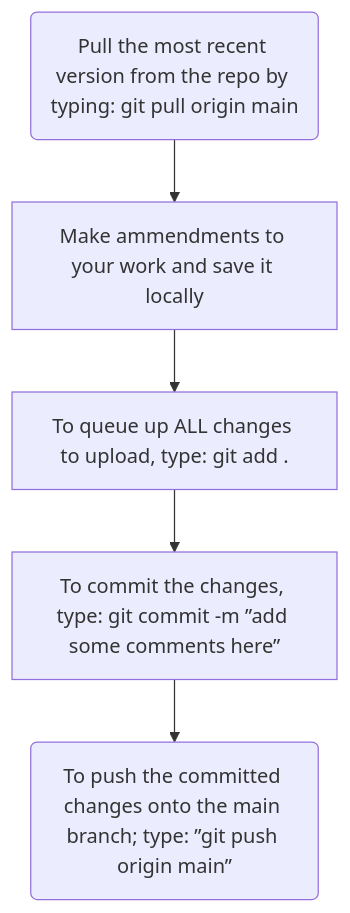
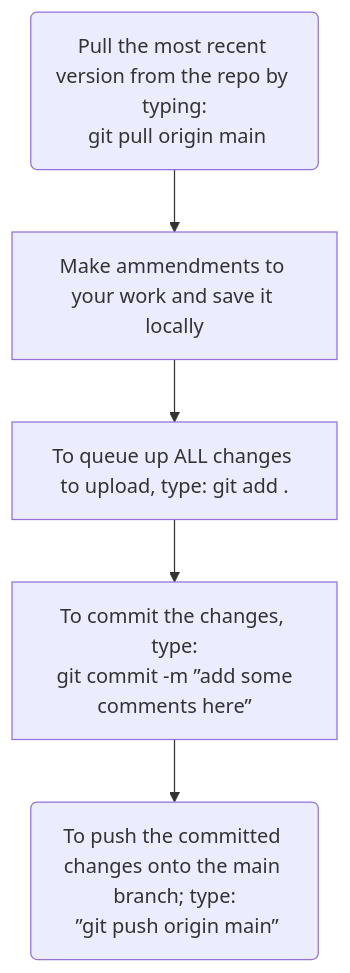
Before and after one commit to Filpill/blog-web: the fifth of 5 diagrams in content/projects/github.md, drawn with Mermaid. The commit also changed other lines of this file and 6 other files, not shown here.

Commit message:
editted data system post + mermaid diagram added

```diff
--- a/content/projects/github.md
+++ b/content/projects/github.md
@@ -62,7 +62,7 @@
 {{<mermaid>}}
 graph TD;
-    A(Pull the most recent version from the repo by typing: git pull origin main)-->B["Make ammendments to your work and save it locally"]
+    A(Pull the most recent version from the repo by typing:<br> git pull origin main)-->B["Make ammendments to your work and save it locally"]
     B-->C["To queue up ALL changes to upload, type: git add ."]
-    C-->D["To commit the changes, type: git commit -m ”add some comments here”"]
-    D-->E("To push the committed changes onto the main branch; type: ”git push origin main”")
+    C-->D["To commit the changes, type:<br> git commit -m ”add some comments here”"]
+    D-->E("To push the committed changes onto the main branch; type:<br> ”git push origin main”")
 {{< /mermaid >}}
```
